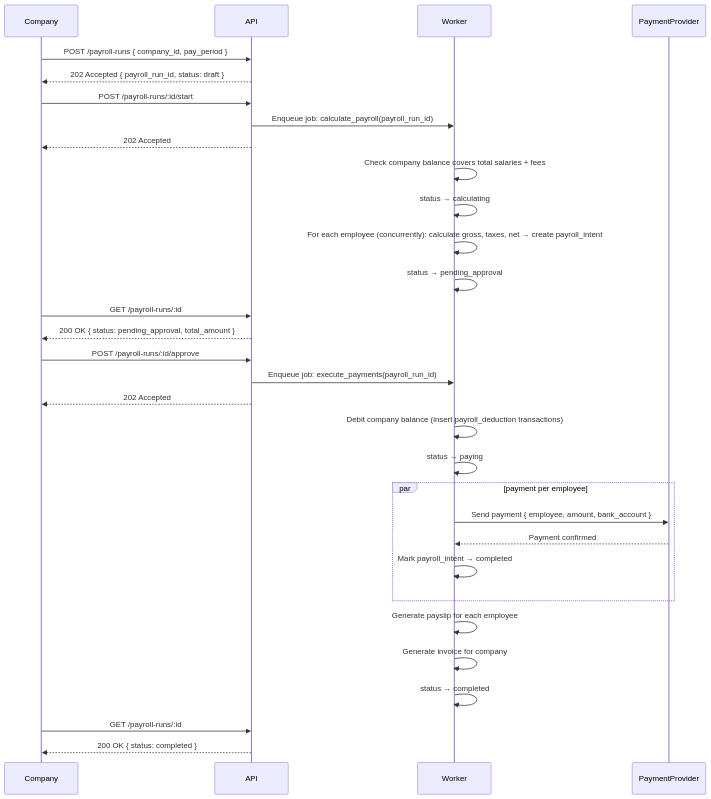
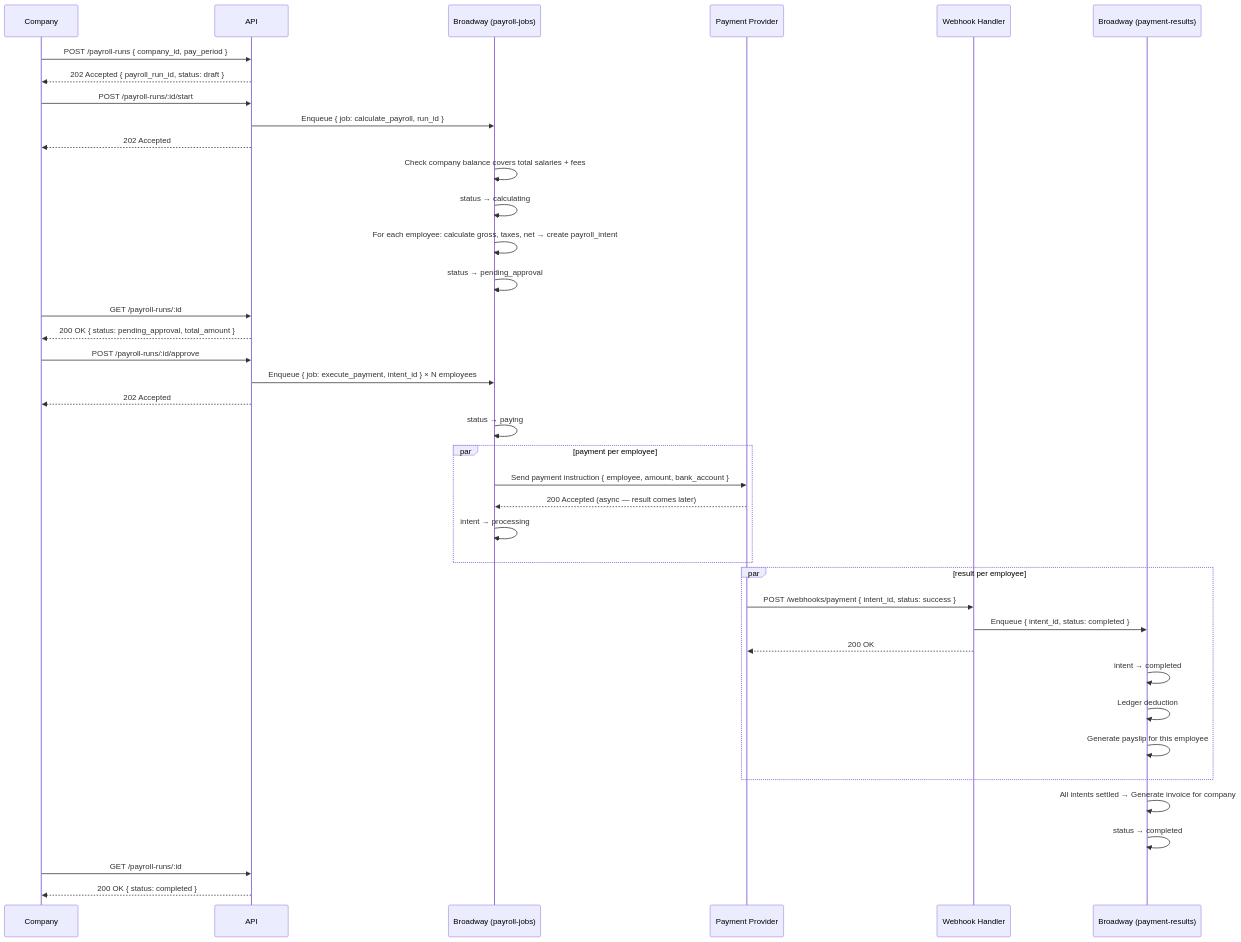
Before and after one commit to jpdealba/global_payroll: the first of 4 diagrams in Docs/1.5- SEQUENCE.md, drawn with Mermaid. The commit also changed other lines of this file and 4 other files, not shown here.

Commit message:
Enhance payment processing documentation and architecture overview

````diff
--- a/Docs/1.5- SEQUENCE.md
+++ b/Docs/1.5- SEQUENCE.md
@@ -5,49 +5,56 @@
 ```mermaid
 sequenceDiagram
     participant Company
     participant API
-    participant Worker
-    participant PaymentProvider
+    participant Worker as Broadway (payroll-jobs)
+    participant Provider as Payment Provider
+    participant Webhook as Webhook Handler
+    participant Results as Broadway (payment-results)
 
     %% Company creates the payroll run
     Company->>API: POST /payroll-runs { company_id, pay_period }
     API-->>Company: 202 Accepted { payroll_run_id, status: draft }
 
-    %% Company triggers calculation — API hands off immediately to worker
+    %% Company triggers calculation
     Company->>API: POST /payroll-runs/:id/start
-    API->>Worker: Enqueue job: calculate_payroll(payroll_run_id)
+    API->>Worker: Enqueue { job: calculate_payroll, run_id }
     API-->>Company: 202 Accepted
 
-    %% Worker runs in the background
+    %% Worker calculates in the background
     Worker->>Worker: Check company balance covers total salaries + fees
     Worker->>Worker: status → calculating
-    Worker->>Worker: For each employee (concurrently): calculate gross, taxes, net → create payroll_intent
+    Worker->>Worker: For each employee: calculate gross, taxes, net → create payroll_intent
     Worker->>Worker: status → pending_approval
 
-    %% Company polls until status changes
     Company->>API: GET /payroll-runs/:id
     API-->>Company: 200 OK { status: pending_approval, total_amount }
 
-    %% Company approves
+    %% Company approves — one message per intent enqueued
     Company->>API: POST /payroll-runs/:id/approve
-    API->>Worker: Enqueue job: execute_payments(payroll_run_id)
+    API->>Worker: Enqueue { job: execute_payment, intent_id } × N employees
     API-->>Company: 202 Accepted
+    Worker->>Worker: status → paying
 
-    %% Worker executes payments concurrently
-    Worker->>Worker: Debit company balance (insert payroll_deduction transactions)
-    Worker->>Worker: status → paying
+    %% Broadway processes each intent independently
     par payment per employee
-        Worker->>PaymentProvider: Send payment { employee, amount, bank_account }
-        PaymentProvider-->>Worker: Payment confirmed
-        Worker->>Worker: Mark payroll_intent → completed
+        Worker->>Provider: Send payment instruction { employee, amount, bank_account }
+        Provider-->>Worker: 200 Accepted (async — result comes later)
+        Worker->>Worker: intent → processing
     end
 
-    %% Generate documents and close the run
-    Worker->>Worker: Generate payslip for each employee
-    Worker->>Worker: Generate invoice for company
-    Worker->>Worker: status → completed
+    %% Provider calls our webhook when each payment settles
+    par result per employee
+        Provider->>Webhook: POST /webhooks/payment { intent_id, status: success }
+        Webhook->>Results: Enqueue { intent_id, status: completed }
+        Webhook-->>Provider: 200 OK
+        Results->>Results: intent → completed
+        Results->>Results: Ledger deduction
+        Results->>Results: Generate payslip for this employee
+    end
 
-    %% Company polls final status
+    Results->>Results: All intents settled → Generate invoice for company
+    Results->>Results: status → completed
+
     Company->>API: GET /payroll-runs/:id
     API-->>Company: 200 OK { status: completed }
 ```
````
